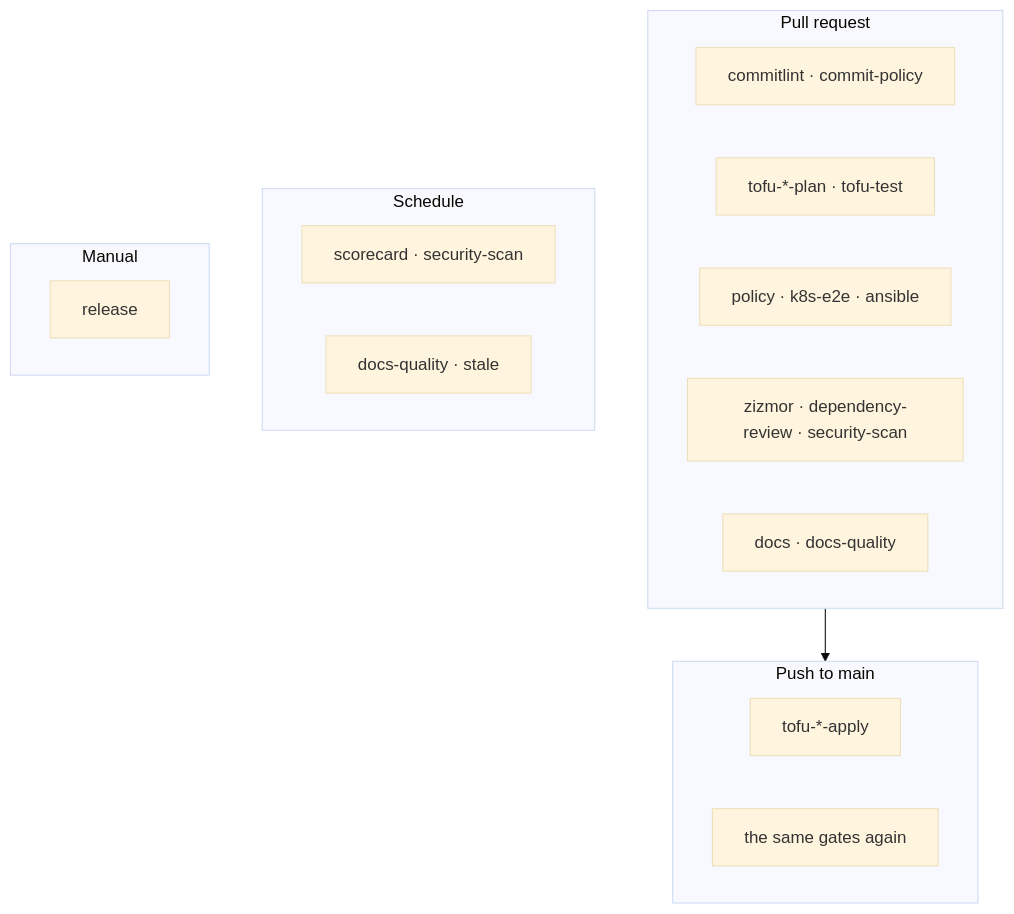
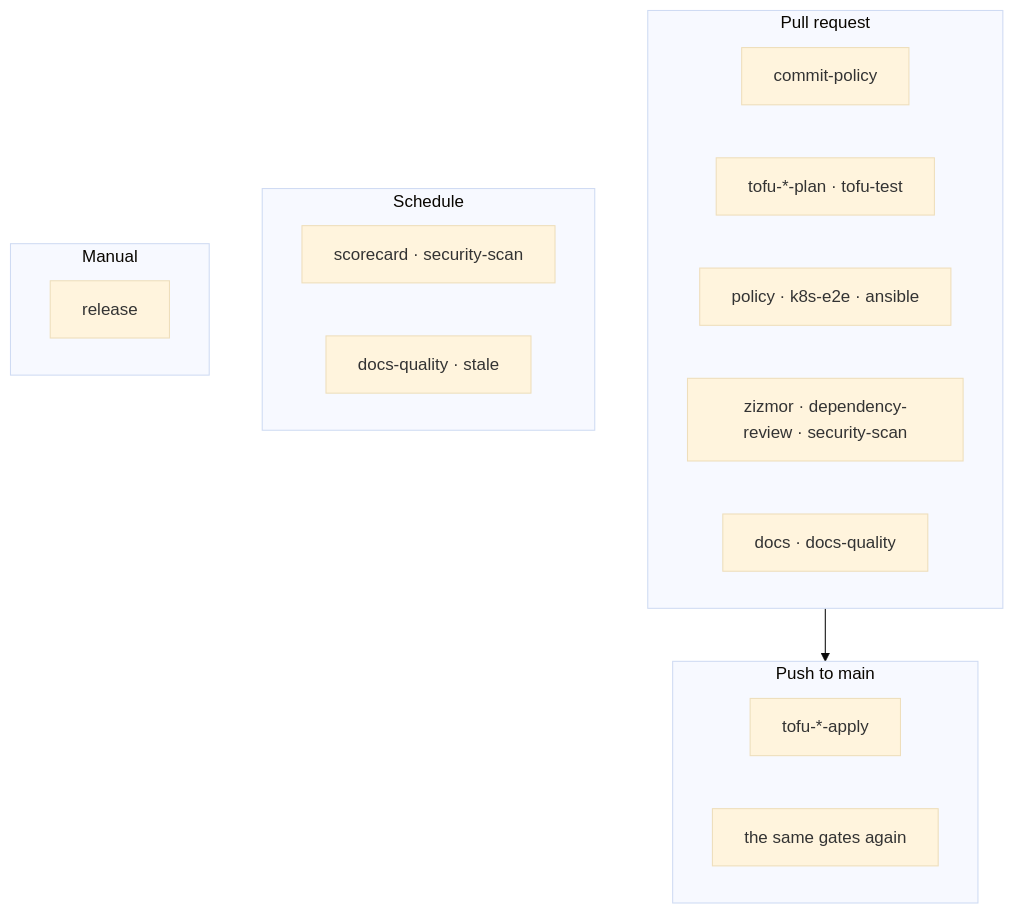
One commit to GregoireF/iac changed the diagram in docs/reference/workflows.md. Above: the diagram before and after it, drawn with Mermaid (base theme). The commit also changed other lines of this file and 8 other files, not shown here.

First line of the commit message:
ci: check Conventional Commits in the commit policy, drop commitlint

````diff
--- a/docs/reference/workflows.md
+++ b/docs/reference/workflows.md
@@ -6,25 +6,25 @@
 ```mermaid
 flowchart TB
   subgraph pr["Pull request"]
     direction LR
-    p1["commitlint · commit-policy"]
+    p1["commit-policy"]
     p2["tofu-*-plan · tofu-test"]
     p3["policy · k8s-e2e · ansible"]
     p4["zizmor · dependency-review · security-scan"]
     p5["docs · docs-quality"]
   end
   subgraph main["Push to main"]
     direction LR
     m1["tofu-*-apply"]
     m2["the same gates again"]
   end
   subgraph sched["Schedule"]
     direction LR
     s1["scorecard · security-scan"]
     s2["docs-quality · stale"]
   end
   subgraph manual["Manual"]
     r1["release"]
   end
   pr --> main
 ```
````
